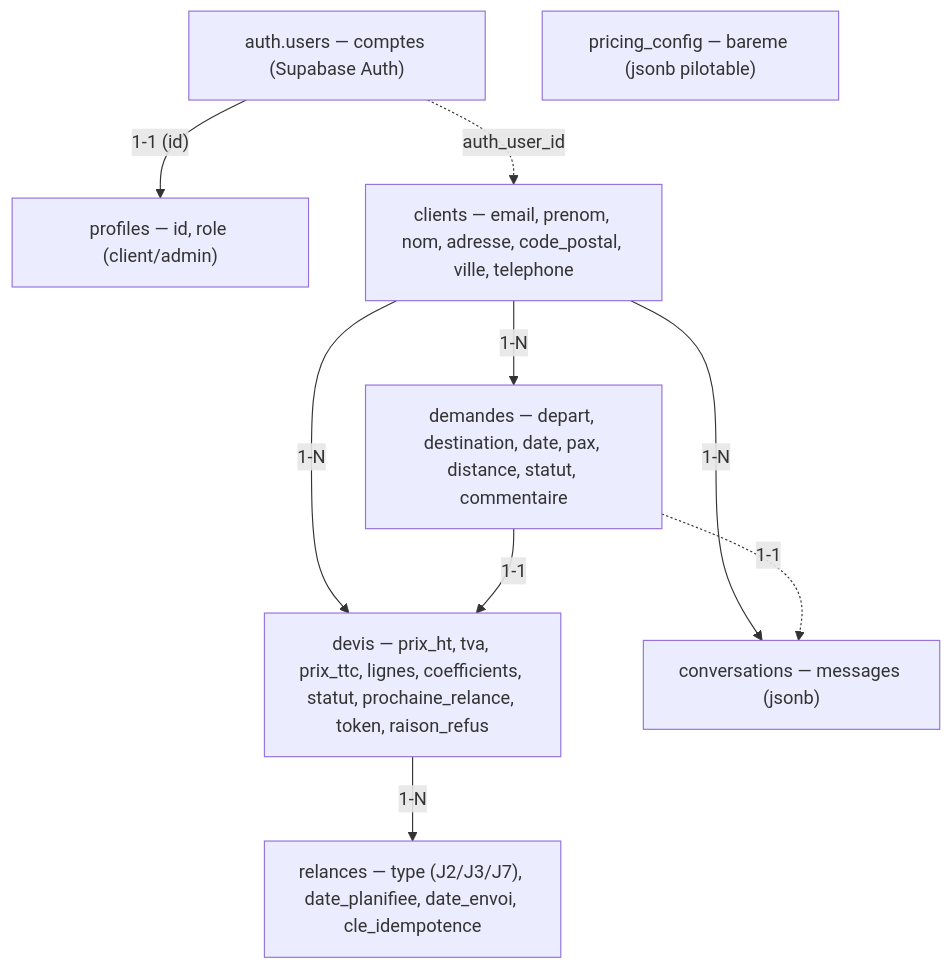
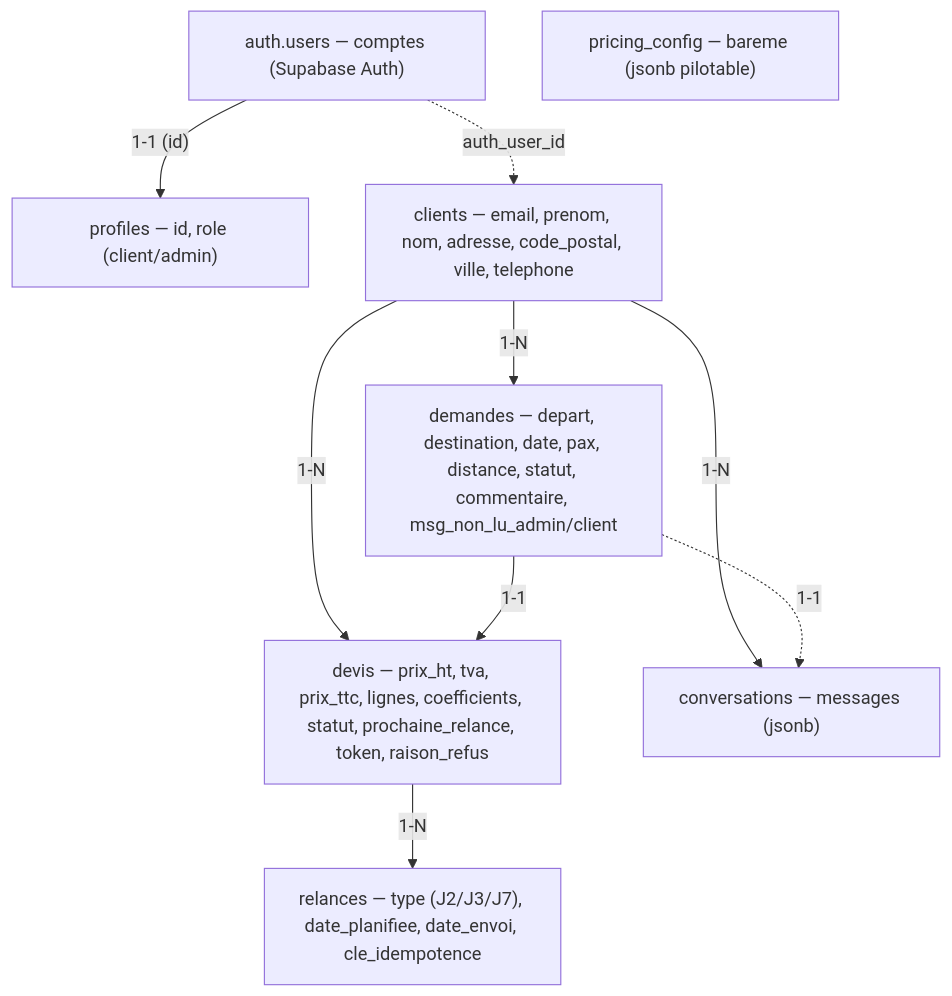
The diagram in supabase/SCHEMA.md (Karmadibsa/Autocar-Location), drawn with Mermaid before and after one commit.

Commit message:
Doc : schema mermaid demandes a jour (colonnes messagerie)

````diff
--- a/supabase/SCHEMA.md
+++ b/supabase/SCHEMA.md
@@ -7,20 +7,20 @@
 ```mermaid
 flowchart TB
     auth_users["auth.users — comptes (Supabase Auth)"]
     profiles["profiles — id, role (client/admin)"]
     clients["clients — email, prenom, nom, adresse, code_postal, ville, telephone"]
-    demandes["demandes — depart, destination, date, pax, distance, statut, commentaire"]
+    demandes["demandes — depart, destination, date, pax, distance, statut, commentaire, msg_non_lu_admin/client"]
     devis["devis — prix_ht, tva, prix_ttc, lignes, coefficients, statut, prochaine_relance, token, raison_refus"]
     relances["relances — type (J2/J3/J7), date_planifiee, date_envoi, cle_idempotence"]
     conversations["conversations — messages (jsonb)"]
     pricing_config["pricing_config — bareme (jsonb pilotable)"]
 
     auth_users -->|"1-1 (id)"| profiles
     auth_users -.->|"auth_user_id"| clients
     clients -->|"1-N"| demandes
     clients -->|"1-N"| devis
     clients -->|"1-N"| conversations
     demandes -->|"1-1"| devis
     demandes -.->|"1-1"| conversations
     devis -->|"1-N"| relances
 ```
````
